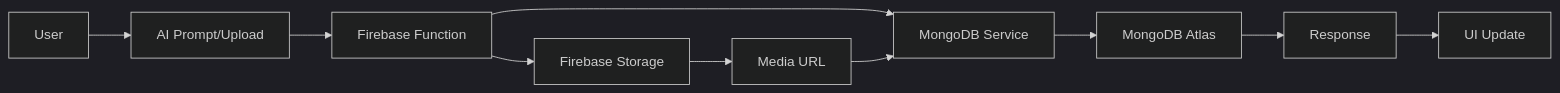
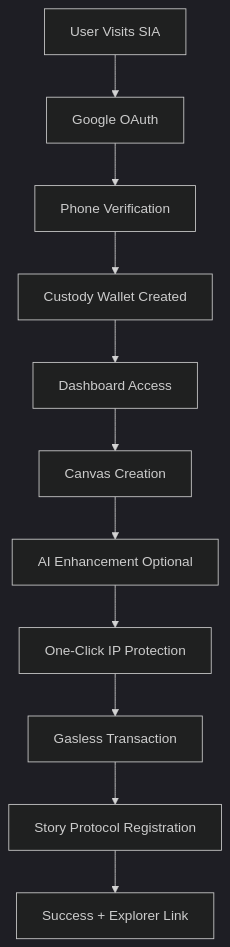
Before and after one commit to nishtha-kalra/sia.vision-monorepo: the diagram in PROJECT_STATUS.md, drawn with Mermaid (dark theme). The commit also changed other lines of this file and 3 other files, not shown here.

````diff
--- a/PROJECT_STATUS.md
+++ b/PROJECT_STATUS.md
@@ -330,13 +137,13 @@
 ```mermaid
-graph LR
-    A[User] --> B[AI Prompt/Upload]
-    B --> C[Firebase Function]
-    C --> D[MongoDB Service]
-    D --> E[MongoDB Atlas]
-    E --> F[Response]
-    F --> G[UI Update]
-    
-    C --> H[Firebase Storage]
-    H --> I[Media URL]
-    I --> D
+graph TD
+    A[User Visits SIA] --> B[Google OAuth]
+    B --> C[Phone Verification]
+    C --> D[Custody Wallet Created]
+    D --> E[Dashboard Access]
+    E --> F[Canvas Creation]
+    F --> G[AI Enhancement Optional]
+    G --> H[One-Click IP Protection]
+    H --> I[Gasless Transaction]
+    I --> J[Story Protocol Registration]
+    J --> K[Success + Explorer Link]
 ```
````
